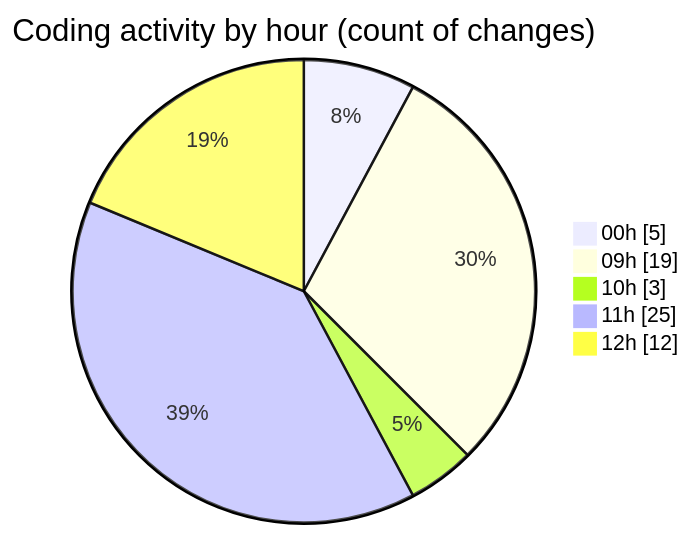
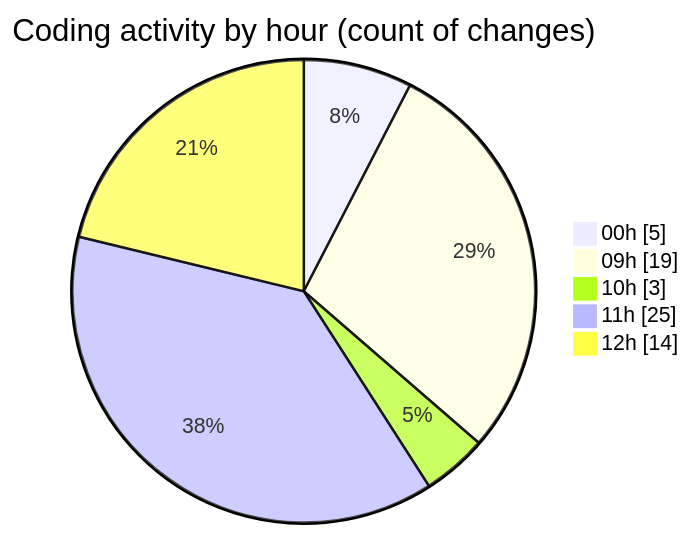
Before and after one commit to julien-gomy/code-tracking: the second of 2 diagrams in 2025-11-19/eventscop-frontend-guide__workspace_/README.md, drawn with Mermaid. The commit also changed other lines of this file and 1 other file, not shown here.

````diff
--- a/2025-11-19/eventscop-frontend-guide__workspace_/README.md
+++ b/2025-11-19/eventscop-frontend-guide__workspace_/README.md
@@ -51,9 +51,9 @@
 ```mermaid
 pie showData
 title Coding activity by hour (count of changes)
 "00h" : 5
 "09h" : 19
 "10h" : 3
 "11h" : 25
-"12h" : 12
+"12h" : 14
 ```
````
